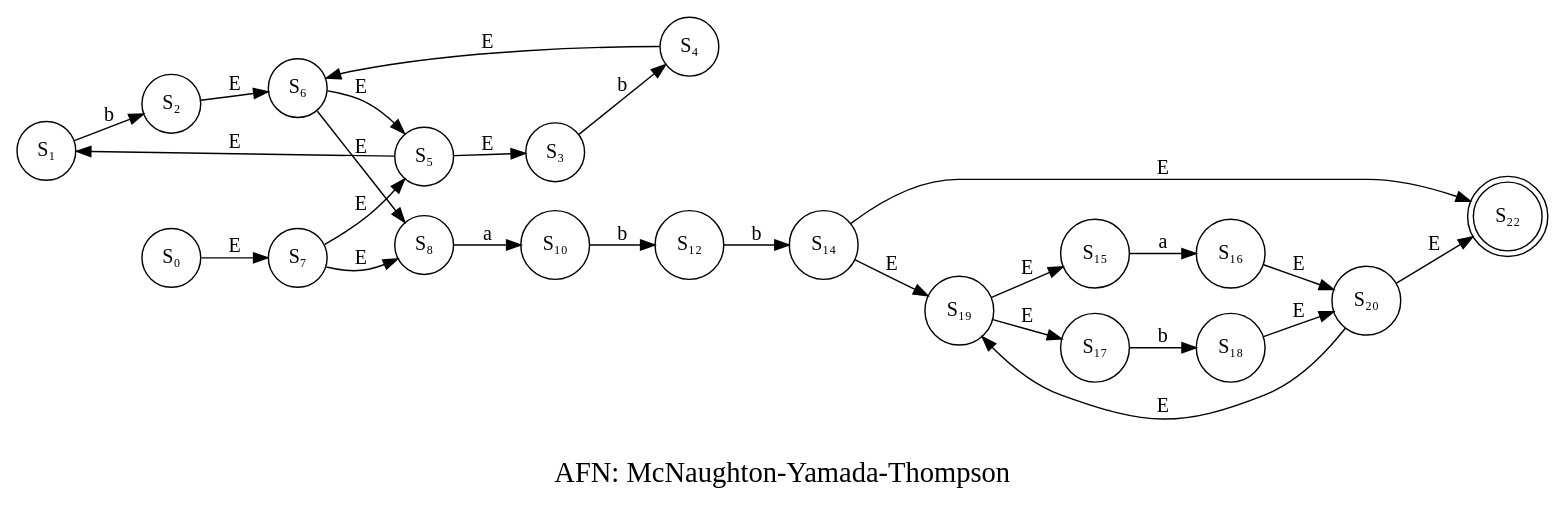
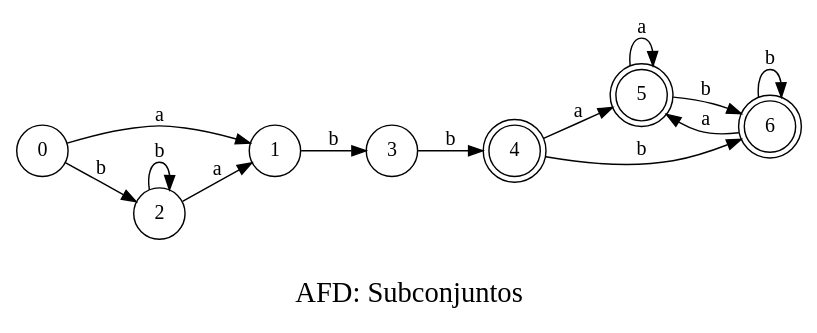
The diagram in Digraph.gv (LucaBia/automatas-finitos), drawn with Graphviz before and after one commit. The commit also changed 2 other files, not shown here.

Commit message:
Subconjuntos

```diff
--- a/Digraph.gv
+++ b/Digraph.gv
@@ -1,67 +1,51 @@
-// AFN
+// AFD
 digraph {
 	rankdir=LR size=15
 	label="
-AFN: McNaughton-Yamada-Thompson"
+AFD: Subconjuntos"
 	fontsize=20
 	node [shape=circle]
-	S1 [label="S₁"]
-	S2 [label="S₂"]
-	S1 -> S2 [label=b]
-	S3 [label="S₃"]
-	S4 [label="S₄"]
-	S3 -> S4 [label=b]
-	S5 [label="S₅"]
-	S1 [label="S₁"]
-	S3 [label="S₃"]
-	S5 -> S1 [label=E]
-	S5 -> S3 [label=E]
-	S6 [label="S₆"]
-	S2 [label="S₂"]
-	S4 [label="S₄"]
-	S2 -> S6 [label=E]
-	S4 -> S6 [label=E]
-	S7 [label="S₇"]
-	S5 [label="S₅"]
-	S7 -> S5 [label=E]
-	S8 [label="S₈"]
-	S6 [label="S₆"]
-	S6 -> S8 [label=E]
-	S7 -> S8 [label=E]
-	S6 -> S5 [label=E]
-	S8 [label="S₈"]
-	S10 [label="S₁₀"]
-	S8 -> S10 [label=a]
-	S10 [label="S₁₀"]
-	S12 [label="S₁₂"]
-	S10 -> S12 [label=b]
-	S12 [label="S₁₂"]
-	S14 [label="S₁₄"]
-	S12 -> S14 [label=b]
-	S15 [label="S₁₅"]
-	S16 [label="S₁₆"]
-	S15 -> S16 [label=a]
-	S17 [label="S₁₇"]
-	S18 [label="S₁₈"]
-	S17 -> S18 [label=b]
-	S19 [label="S₁₉"]
-	S15 [label="S₁₅"]
-	S17 [label="S₁₇"]
-	S19 -> S15 [label=E]
-	S19 -> S17 [label=E]
-	S20 [label="S₂₀"]
-	S16 [label="S₁₆"]
-	S18 [label="S₁₈"]
-	S16 -> S20 [label=E]
-	S18 -> S20 [label=E]
-	S14 [label="S₁₄"]
-	S19 [label="S₁₉"]
-	S14 -> S19 [label=E]
-	S22 [label="S₂₂" shape=doublecircle]
-	S20 [label="S₂₀"]
-	S20 -> S22 [label=E]
-	S14 -> S22 [label=E]
-	S20 -> S19 [label=E]
-	S0 [label="S₀"]
-	S0 -> S7 [label=E]
+	0 [label=0]
+	1 [label=1]
+	2 [label=2]
+	3 [label=3]
+	4 [label=4 shape=doublecircle]
+	5 [label=5 shape=doublecircle]
+	6 [label=6 shape=doublecircle]
+	0 [label=0]
+	1 [label=1]
+	0 -> 1 [label=a]
+	0 [label=0]
+	2 [label=2]
+	0 -> 2 [label=b]
+	1 [label=1]
+	3 [label=3]
+	1 -> 3 [label=b]
+	2 [label=2]
+	1 [label=1]
+	2 -> 1 [label=a]
+	2 [label=2]
+	2 [label=2]
+	2 -> 2 [label=b]
+	3 [label=3]
+	4 [label=4]
+	3 -> 4 [label=b]
+	4 [label=4 shape=doublecircle]
+	5 [label=5]
+	4 -> 5 [label=a]
+	4 [label=4 shape=doublecircle]
+	6 [label=6]
+	4 -> 6 [label=b]
+	5 [label=5 shape=doublecircle]
+	5 [label=5]
+	5 -> 5 [label=a]
+	5 [label=5 shape=doublecircle]
+	6 [label=6]
+	5 -> 6 [label=b]
+	6 [label=6 shape=doublecircle]
+	5 [label=5]
+	6 -> 5 [label=a]
+	6 [label=6 shape=doublecircle]
+	6 [label=6]
+	6 -> 6 [label=b]
 }
```
